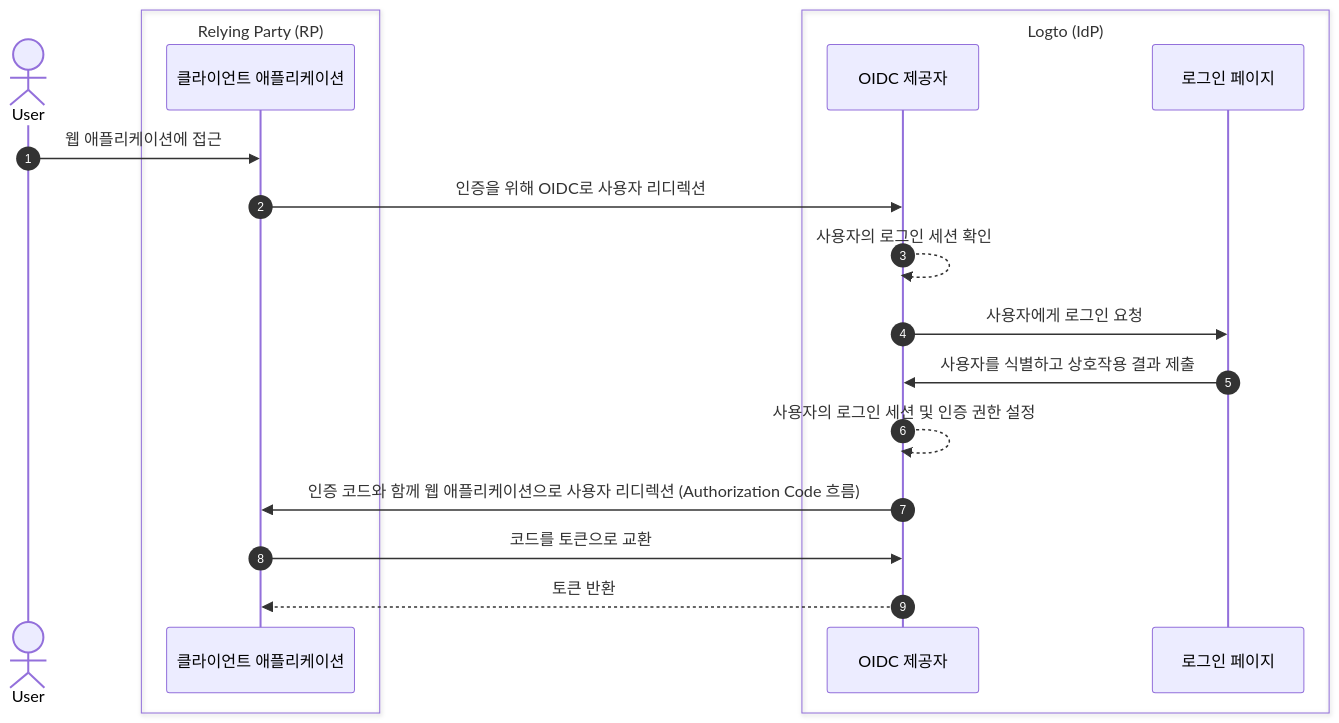
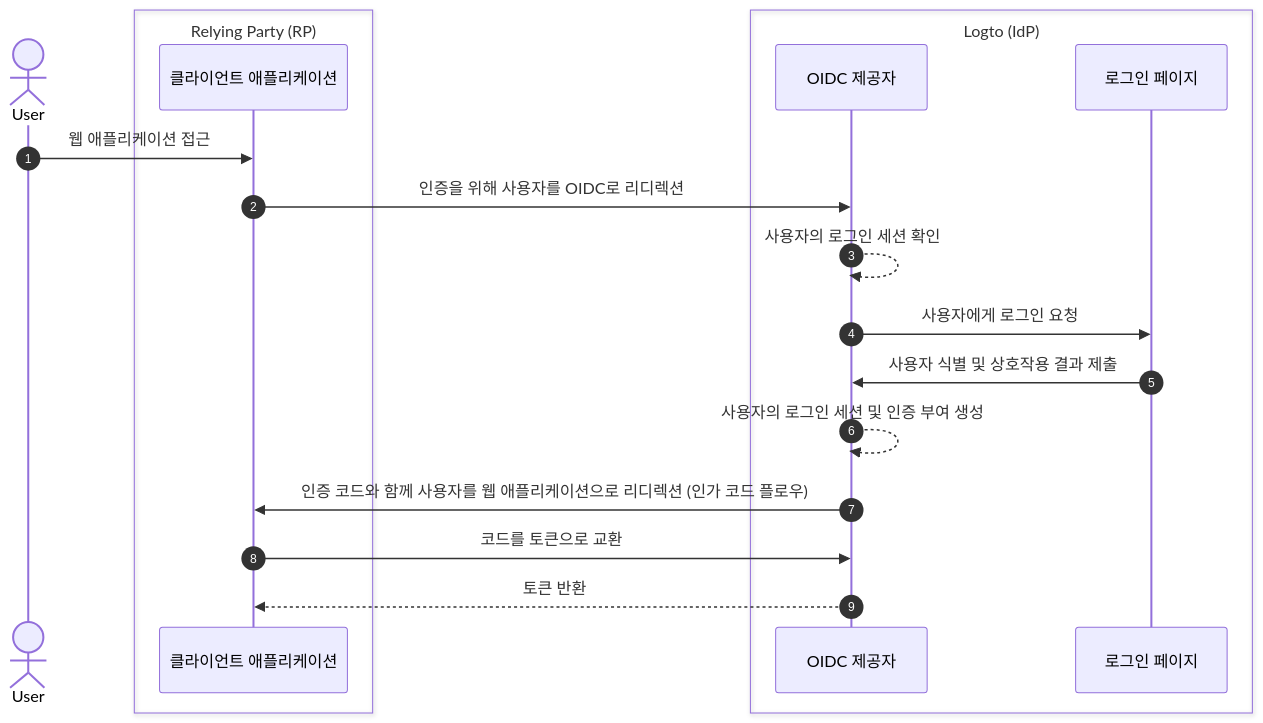
One commit to logto-io/docs changed the first of 3 diagrams in i18n/ko/docusaurus-plugin-content-docs/current/end-user-flows/sign-out.mdx. Above: the diagram before and after it, drawn with Mermaid. The commit also changed other lines of this file and 162 other files, not shown here.

````diff
--- a/i18n/ko/docusaurus-plugin-content-docs/current/end-user-flows/sign-out.mdx
+++ b/i18n/ko/docusaurus-plugin-content-docs/current/end-user-flows/sign-out.mdx
@@ -13,24 +13,24 @@
 ```mermaid
   sequenceDiagram
     autonumber
     actor User
 
     box Relying Party (RP)
       participant Client as 클라이언트 애플리케이션
     end
 
     box Logto (IdP)
       participant OIDC as OIDC 제공자
       participant SignIn as 로그인 페이지
     end
 
-    User ->> Client: 웹 애플리케이션에 접근
-    Client ->> OIDC: 인증을 위해 OIDC로 사용자 리디렉션
+    User ->> Client: 웹 애플리케이션 접근
+    Client ->> OIDC: 인증을 위해 사용자를 OIDC로 리디렉션
     OIDC -->> OIDC: 사용자의 로그인 세션 확인
     OIDC ->> SignIn: 사용자에게 로그인 요청
-    SignIn ->> OIDC: 사용자를 식별하고 상호작용 결과 제출
-    OIDC -->> OIDC: 사용자의 로그인 세션 및 인증 권한 설정
-    OIDC ->> Client: 인증 코드와 함께 웹 애플리케이션으로 사용자 리디렉션 (Authorization Code 흐름)
+    SignIn ->> OIDC: 사용자 식별 및 상호작용 결과 제출
+    OIDC -->> OIDC: 사용자의 로그인 세션 및 인증 부여 생성
+    OIDC ->> Client: 인증 코드와 함께 사용자를 웹 애플리케이션으로 리디렉션 (인가 코드 플로우)
     Client ->> OIDC: 코드를 토큰으로 교환
     OIDC -->> Client: 토큰 반환
 ```
````
